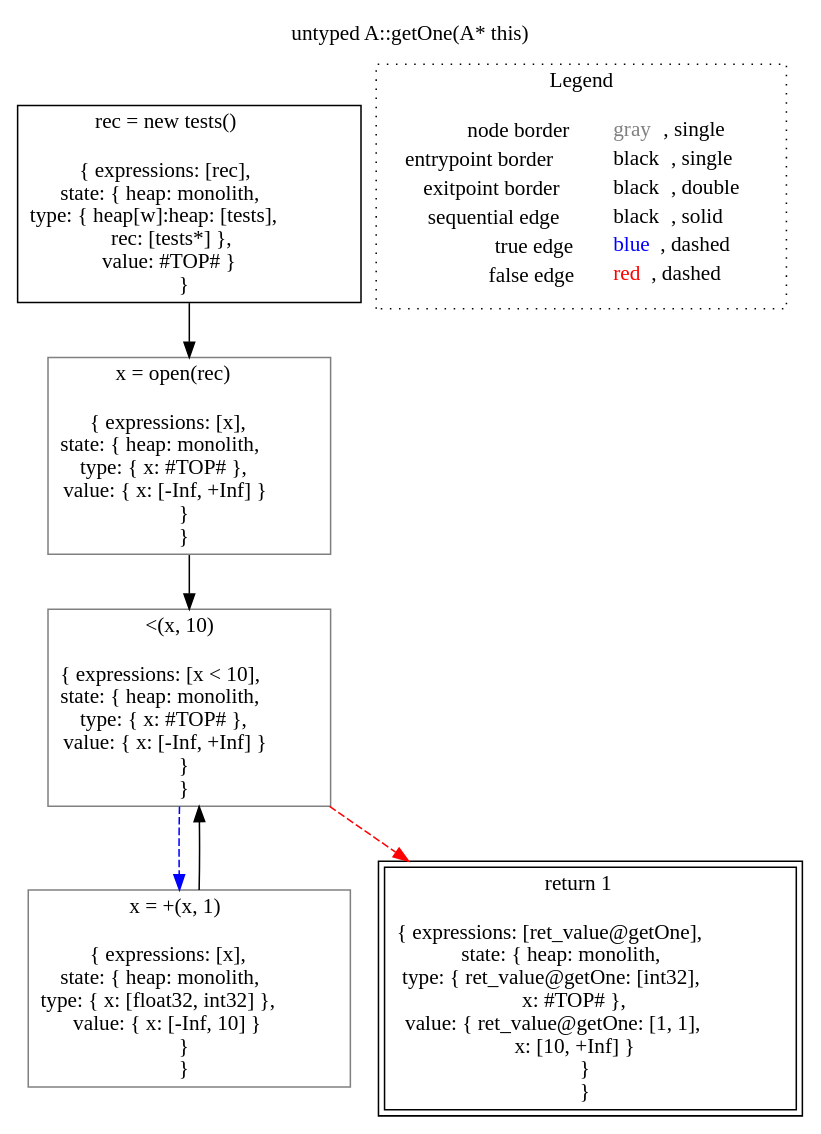
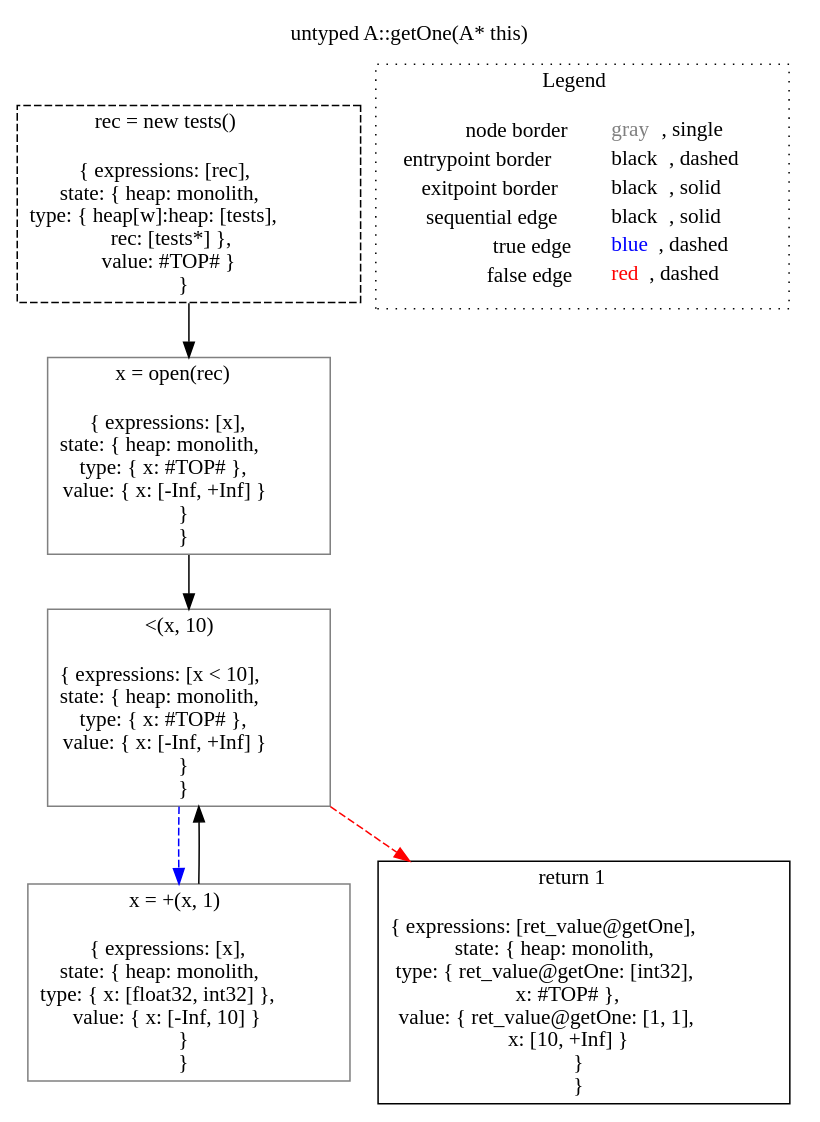
The diagram in lisa/lisa-analyses/imp-testcases/visualization/dot/untyped_A.getOne(A__this)_-1778621183.dot (lisa-analyzer/lisa), drawn with Graphviz before and after one commit. The commit also changed 60 other files, not shown here.

```diff
--- a/lisa/lisa-analyses/imp-testcases/visualization/dot/untyped_A.getOne(A__this)_-1778621183.dot
+++ b/lisa/lisa-analyses/imp-testcases/visualization/dot/untyped_A.getOne(A__this)_-1778621183.dot
@@ -1,21 +1,19 @@
-digraph {
-	labelloc="t";
-	label="untyped A::getOne(A* this)";
-	"node0" [shape="rect",color="black",label=<rec = new tests()<BR/><BR/>{ expressions: [rec],<BR/>state: { heap: monolith,<BR/>type: { heap[w]:heap: [tests],<BR/>rec: [tests*] },<BR/>value: #TOP# }<BR/> }<BR/>>];
-	"node3" [shape="rect",color="gray",label=<x = open(rec)<BR/><BR/>{ expressions: [x],<BR/>state: { heap: monolith,<BR/>type: { x: #TOP# },<BR/>value: { x: [-Inf, +Inf] }<BR/> }<BR/> }<BR/>>];
-	"node7" [shape="rect",color="gray",label=<&lt;(x, 10)<BR/><BR/>{ expressions: [x &lt; 10],<BR/>state: { heap: monolith,<BR/>type: { x: #TOP# },<BR/>value: { x: [-Inf, +Inf] }<BR/> }<BR/> }<BR/>>];
-	"node10" [shape="rect",color="gray",label=<x = +(x, 1)<BR/><BR/>{ expressions: [x],<BR/>state: { heap: monolith,<BR/>type: { x: [float32, int32] },<BR/>value: { x: [-Inf, 10] }<BR/> }<BR/> }<BR/>>];
-	"node15" [shape="rect",color="black",peripheries="2",label=<return 1<BR/><BR/>{ expressions: [ret_value@getOne],<BR/>state: { heap: monolith,<BR/>type: { ret_value@getOne: [int32],<BR/>x: #TOP# },<BR/>value: { ret_value@getOne: [1, 1],<BR/>x: [10, +Inf] }<BR/> }<BR/> }<BR/>>];
-	"node0" -> "node3" [color="black"];
-	"node3" -> "node7" [color="black"];
-	"node7" -> "node10" [color="blue",style="dashed"];
-	"node7" -> "node15" [color="red",style="dashed"];
-	"node10" -> "node7" [color="black"];
-subgraph cluster_legend {
-	label="Legend";
-	style=dotted;
-	node [shape=plaintext];
-	"legend" [label=<<table border="0" cellpadding="2" cellspacing="0" cellborder="0"><tr><td align="right">node border&nbsp;</td><td align="left"><font color="gray">gray</font>, single</td></tr><tr><td align="right">entrypoint border&nbsp;</td><td align="left"><font color="black">black</font>, single</td></tr><tr><td align="right">exitpoint border&nbsp;</td><td align="left"><font color="black">black</font>, double</td></tr><tr><td align="right">sequential edge&nbsp;</td><td align="left"><font color="black">black</font>, solid</td></tr><tr><td align="right">true edge&nbsp;</td><td align="left"><font color="blue">blue</font>, dashed</td></tr><tr><td align="right">false edge&nbsp;</td><td align="left"><font color="red">red</font>, dashed</td></tr></table>>];
+digraph "untyped A::getOne(A* this)" {
+edge ["dir"="forward"]
+graph ["label"="untyped A::getOne(A* this)","labelloc"="t"]
+"node0" ["label"=<rec = new tests()<br/><br/>{ expressions: [rec],<br/>state: { heap: monolith,<br/>type: { heap[w]:heap: [tests],<br/>rec: [tests*] },<br/>value: #TOP# }<br/> }<br/>>,"shape"="rect","id"="node0","color"="black","style"="dashed"]
+"node3" ["label"=<x = open(rec)<br/><br/>{ expressions: [x],<br/>state: { heap: monolith,<br/>type: { x: #TOP# },<br/>value: { x: [-Inf, +Inf] }<br/> }<br/> }<br/>>,"shape"="rect","id"="node3","color"="gray"]
+"node7" ["label"=<&lt;(x, 10)<br/><br/>{ expressions: [x &lt; 10],<br/>state: { heap: monolith,<br/>type: { x: #TOP# },<br/>value: { x: [-Inf, +Inf] }<br/> }<br/> }<br/>>,"shape"="rect","id"="node7","color"="gray"]
+"node10" ["label"=<x = +(x, 1)<br/><br/>{ expressions: [x],<br/>state: { heap: monolith,<br/>type: { x: [float32, int32] },<br/>value: { x: [-Inf, 10] }<br/> }<br/> }<br/>>,"shape"="rect","id"="node10","color"="gray"]
+"node15" ["label"=<return 1<br/><br/>{ expressions: [ret_value@getOne],<br/>state: { heap: monolith,<br/>type: { ret_value@getOne: [int32],<br/>x: #TOP# },<br/>value: { ret_value@getOne: [1, 1],<br/>x: [10, +Inf] }<br/> }<br/> }<br/>>,"shape"="rect","id"="node15","color"="black"]
+subgraph "cluster_legend" {
+edge ["dir"="none"]
+graph ["label"=<Legend>,"style"="dotted"]
+"legend" ["label"=<<table border="0" cellpadding="2" cellspacing="0" cellborder="0"><tr><td align="right">node border&nbsp;</td><td align="left"><font color="gray">gray</font>, single</td></tr><tr><td align="right">entrypoint border&nbsp;</td><td align="left"><font color="black">black</font>, dashed</td></tr><tr><td align="right">exitpoint border&nbsp;</td><td align="left"><font color="black">black</font>, solid</td></tr><tr><td align="right">sequential edge&nbsp;</td><td align="left"><font color="black">black</font>, solid</td></tr><tr><td align="right">true edge&nbsp;</td><td align="left"><font color="blue">blue</font>, dashed</td></tr><tr><td align="right">false edge&nbsp;</td><td align="left"><font color="red">red</font>, dashed</td></tr></table>>,"shape"="none"]
 }
-
+"node0" -> "node3" ["color"="black"]
+"node3" -> "node7" ["color"="black"]
+"node7" -> "node15" ["style"="dashed","color"="red"]
+"node7" -> "node10" ["style"="dashed","color"="blue"]
+"node10" -> "node7" ["color"="black"]
 }
```
